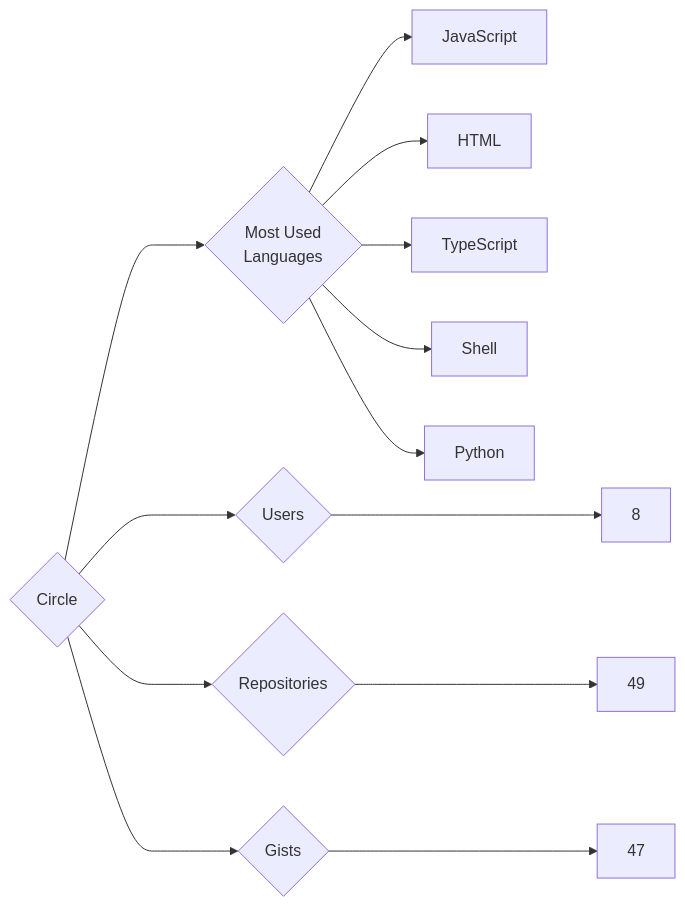
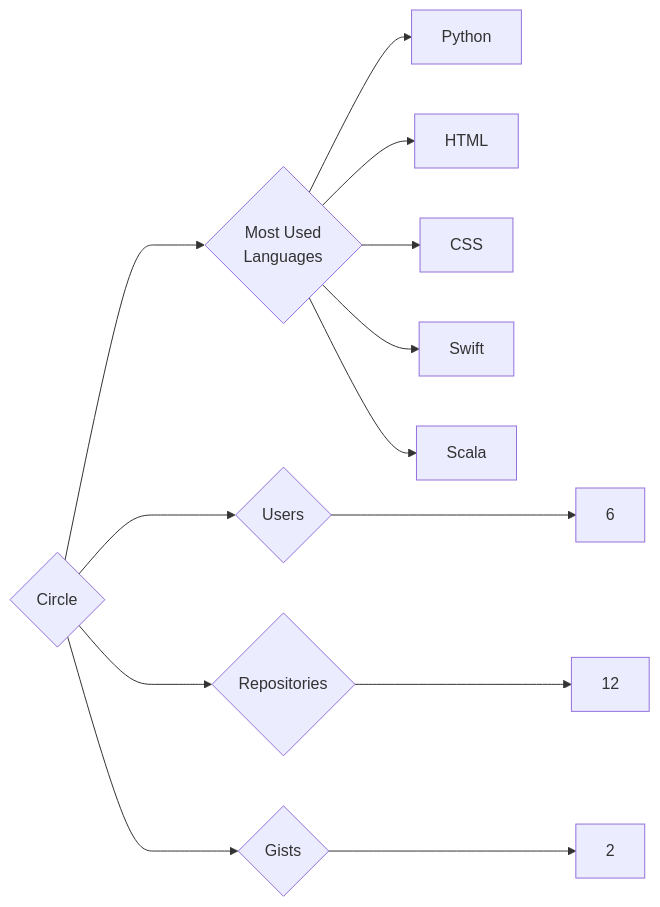
The diagram in targets/Circle/README.md (trickest/insiders), drawn with Mermaid before and after one commit. The commit also changed 1166 other files, not shown here.

````diff
--- a/targets/Circle/README.md
+++ b/targets/Circle/README.md
@@ -3,13 +3,13 @@
 ```mermaid
 graph LR
 COMPANY_NAME{Circle}
-COMPANY_NAME ---> U{Users} ---> UN[8]
-COMPANY_NAME ---> R{Repositories} ---> RN[49]
-COMPANY_NAME ---> G{Gists} ---> GN[47]
+COMPANY_NAME ---> U{Users} ---> UN[6]
+COMPANY_NAME ---> R{Repositories} ---> RN[12]
+COMPANY_NAME ---> G{Gists} ---> GN[2]
 COMPANY_NAME ---> ML{Most Used<br>Languages}
-ML --> JavaScript[JavaScript]
+ML --> Python[Python]
 ML --> HTML[HTML]
-ML --> TypeScript[TypeScript]
-ML --> Shell[Shell]
-ML --> Python[Python]
+ML --> CSS[CSS]
+ML --> Swift[Swift]
+ML --> Scala[Scala]
 ```
````
